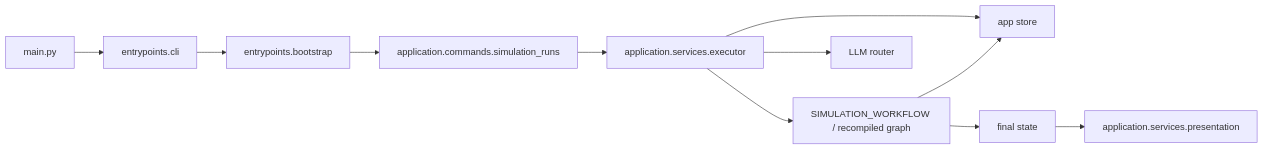
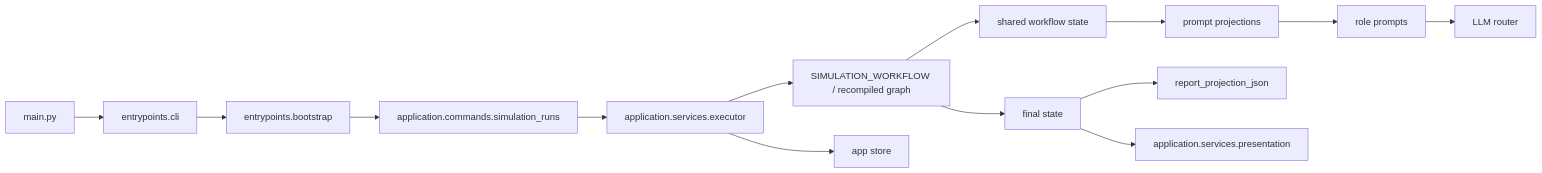
One commit to keonho-kim/simula changed the diagram in docs/architecture.md. Above: the diagram before and after it, drawn with Mermaid. The commit also changed other lines of this file and 21 other files, not shown here.

````diff
--- a/docs/architecture.md
+++ b/docs/architecture.md
@@ -20,13 +20,16 @@
 ```mermaid
 flowchart LR
     Main["main.py"] --> CLI["entrypoints.cli"]
     CLI --> Bootstrap["entrypoints.bootstrap"]
     Bootstrap --> Commands["application.commands.simulation_runs"]
     Commands --> Executor["application.services.executor"]
     Executor --> Workflow["SIMULATION_WORKFLOW / recompiled graph"]
     Executor --> Store["app store"]
-    Executor --> Router["LLM router"]
-    Workflow --> Store
+    Workflow --> State["shared workflow state"]
+    State --> PromptViews["prompt projections"]
+    PromptViews --> RolePrompts["role prompts"]
+    RolePrompts --> Router["LLM router"]
     Workflow --> FinalState["final state"]
+    FinalState --> ReportProjection["report_projection_json"]
     FinalState --> Presentation["application.services.presentation"]
 ```
````
